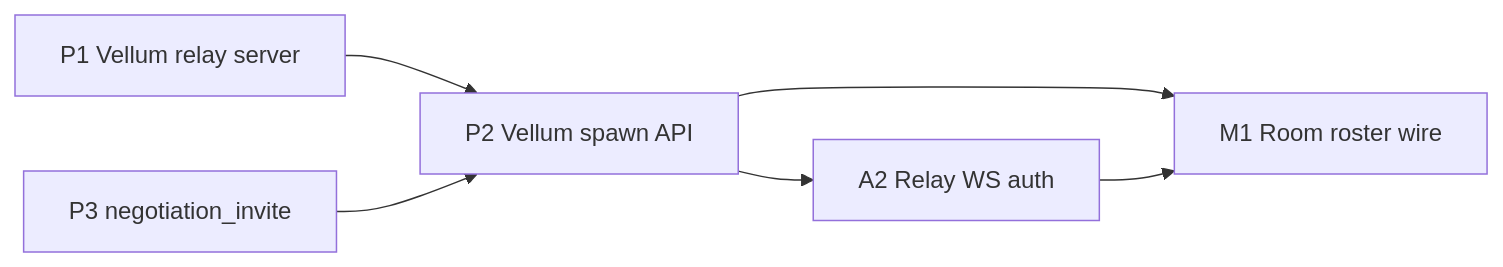
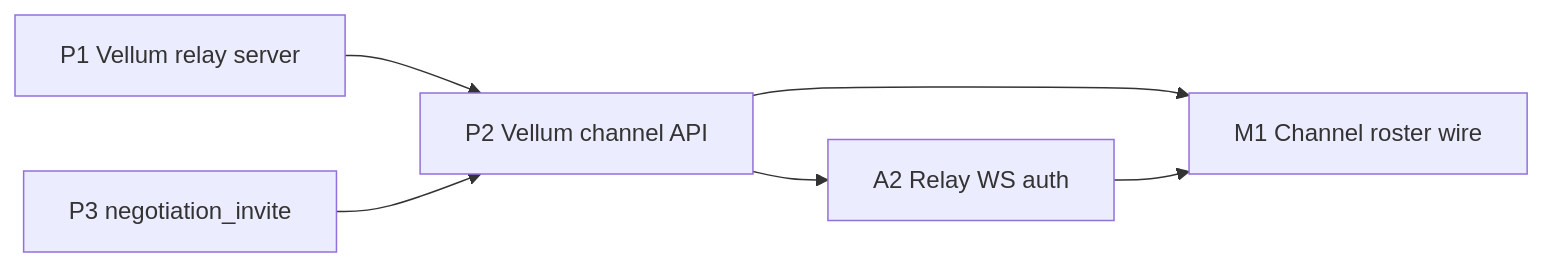
Before and after one commit to khoralabs/khora: the fourth of 4 diagrams in .brain/technical/khora-vellum-separation.md, drawn with Mermaid. The commit also changed other lines of this file and 50 other files, not shown here.

````diff
--- a/.brain/technical/khora-vellum-separation.md
+++ b/.brain/technical/khora-vellum-separation.md
@@ -298,14 +302,14 @@
 ```mermaid
 flowchart LR
   P1[P1 Vellum relay server]
-  P2[P2 Vellum spawn API]
+  P2[P2 Vellum channel API]
   A2[A2 Relay WS auth]
-  M1[M1 Room roster wire]
+  M1[M1 Channel roster wire]
   P3[P3 negotiation_invite]
 
   P1 --> P2
   P2 --> A2
   P2 --> M1
   P3 --> P2
   A2 --> M1
 ```
````
